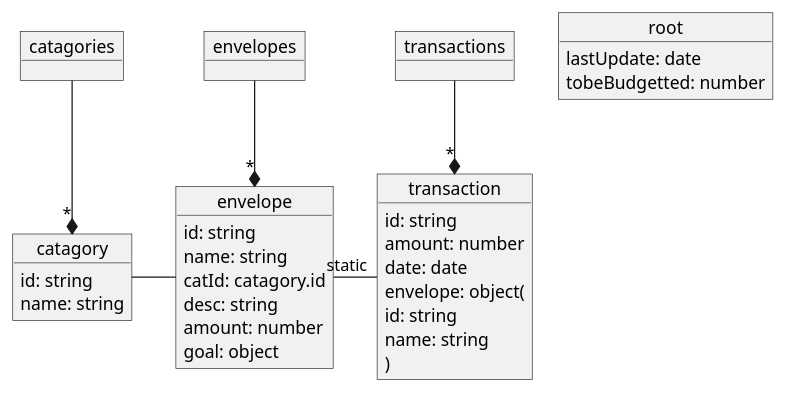
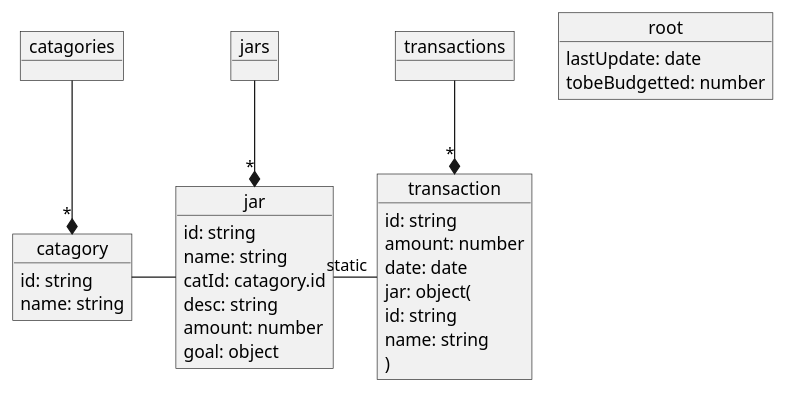
One commit to lil5/jam-budget-mobile changed the diagram in docs/uml/database.puml. Above: the diagram before and after it, drawn with PlantUML. The commit also changed 11 other files, not shown here.

Commit message:
Refactor `/envelope/jar/i`

```diff
--- a/docs/uml/database.puml
+++ b/docs/uml/database.puml
@@ -1,49 +1,49 @@
 @startuml
 
 object catagories
 object catagory {
   id: string
   name: string
 }
 
-object envelopes
-object envelope {
+object jars
+object jar {
   id: string
   name: string
   catId: catagory.id
   desc: string
   amount: number
   goal: object
 }
-object envelope.goal {
+object jar.goal {
   min: number
   max: number
   repeat: string\n[month, year, not]
 }
 
 object root {
   lastUpdate: date
   tobeBudgetted: number
 }
 
 object transactions
 object transaction {
   id: string
   amount: number
   date: date
-  envelope: object(
+  jar: object(
     id: string
     name: string
   )
 }
 
 
 catagories --* "*" catagory
-envelopes --* "*" envelope
+jars --* "*" jar
 transactions --* "*" transaction
 
-envelope -left- catagory
-transaction "static" -left- envelope
-envelope "goal" <|-- envelope.goal
+jar -left- catagory
+transaction "static" -left- jar
+jar "goal" <|-- jar.goal
 
 @enduml
```
